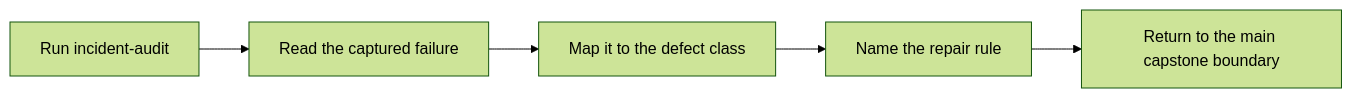
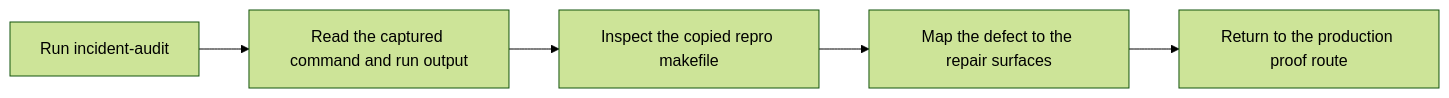
One commit to bijux/bijux-masterclass changed the second of 2 diagrams in programs/reproducible-research/deep-dive-make/capstone/docs/INCIDENT_REVIEW_GUIDE.md. Above: the diagram before and after it, drawn with Mermaid (forest theme). The commit also changed other lines of this file, not shown here.

Commit message:
docs(capstone): fix deep-dive-make incident bundle guidance

````diff
--- a/programs/reproducible-research/deep-dive-make/capstone/docs/INCIDENT_REVIEW_GUIDE.md
+++ b/programs/reproducible-research/deep-dive-make/capstone/docs/INCIDENT_REVIEW_GUIDE.md
@@ -22,7 +21,7 @@
 ```mermaid
 flowchart LR
-  case["Run incident-audit"] --> symptom["Read the captured failure"]
-  symptom --> cause["Map it to the defect class"]
-  cause --> repair["Name the repair rule"]
-  repair --> capstone["Return to the main capstone boundary"]
+  case["Run incident-audit"] --> evidence["Read the captured command and run output"]
+  evidence --> specimen["Inspect the copied repro makefile"]
+  specimen --> repair["Map the defect to the repair surfaces"]
+  repair --> proof["Return to the production proof route"]
 ```
````
